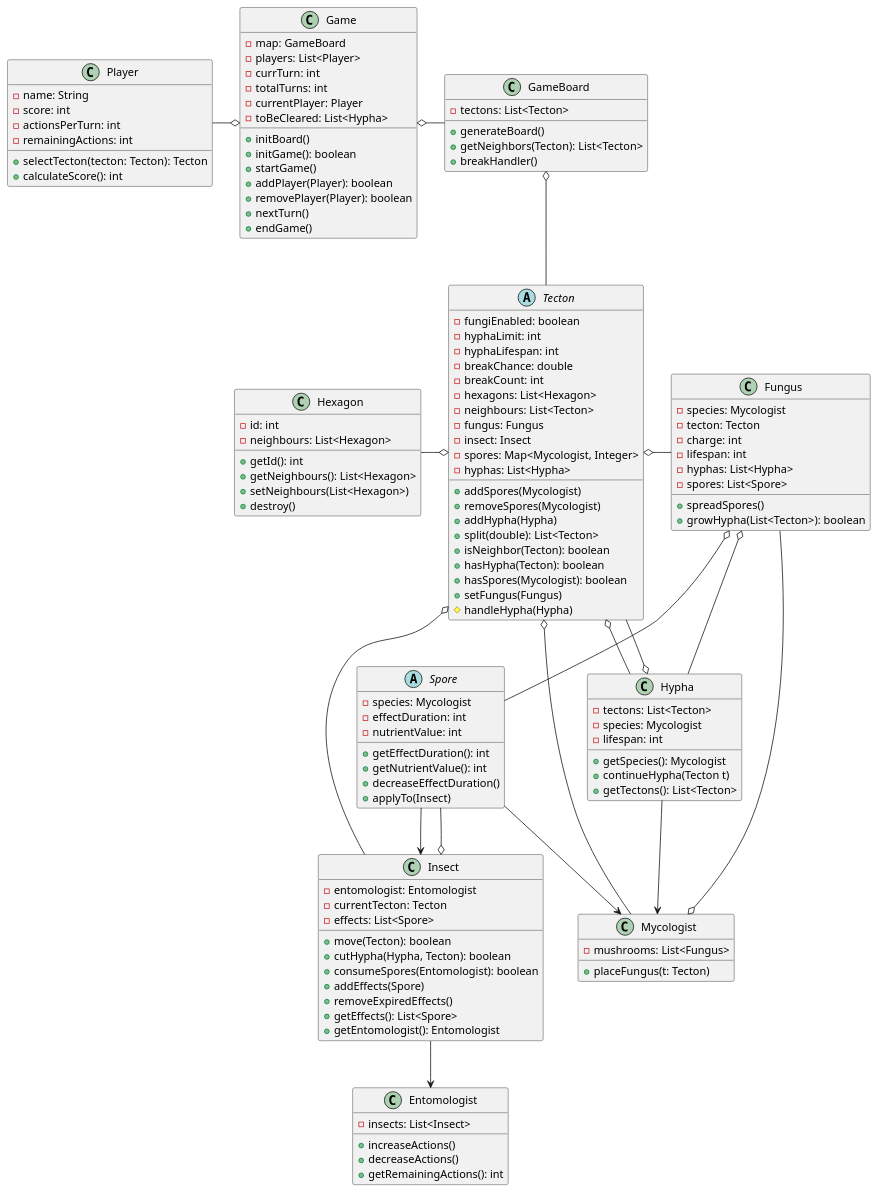
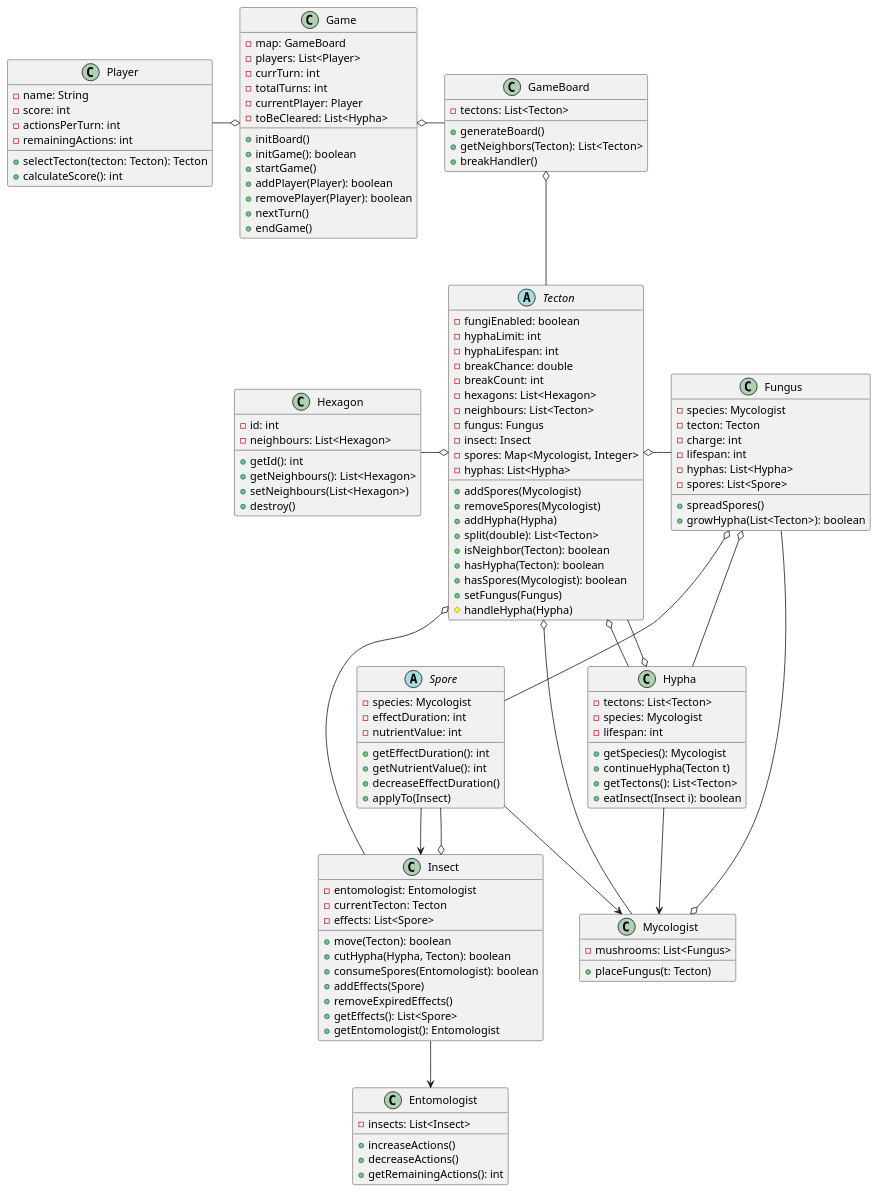
Before and after one commit to hujberhunor/SzomiSztegoProjlab: the diagram in docs/Class/classDiag.puml, drawn with PlantUML. The commit also changed 1 other file, not shown here.

Commit message:
eatInsect() hypha method implemented

```diff
--- a/docs/Class/classDiag.puml
+++ b/docs/Class/classDiag.puml
@@ -1,149 +1,150 @@
 @startuml
 
 ' NEM SZEREPELNEK BENNE A LESZÁRMAZOTTAK HOGY ÁTLÁTHATÓBB LEGYEN '
 ' --> : használja, de nem tartalmazza '
 ' ===== Alap játékosok és szereplők =====
 class Player {
     - name: String
     - score: int
     - actionsPerTurn: int
     - remainingActions: int
     + selectTecton(tecton: Tecton): Tecton
     + calculateScore(): int
 }
 
 class Entomologist {
     - insects: List<Insect>
     + increaseActions()
     + decreaseActions()
     + getRemainingActions(): int
 }
 
 class Mycologist {
     - mushrooms: List<Fungus>
     + placeFungus(t: Tecton)
 }
 
 ' ===== Térképelemek és logika =====
 abstract class Tecton {
     - fungiEnabled: boolean
     - hyphaLimit: int
     - hyphaLifespan: int
     - breakChance: double
     - breakCount: int
     - hexagons: List<Hexagon>
     - neighbours: List<Tecton>
     - fungus: Fungus
     - insect: Insect
     - spores: Map<Mycologist, Integer>
     - hyphas: List<Hypha>
     + addSpores(Mycologist)
     + removeSpores(Mycologist)
     + addHypha(Hypha)
     + split(double): List<Tecton>
     + isNeighbor(Tecton): boolean
     + hasHypha(Tecton): boolean
     + hasSpores(Mycologist): boolean
     + setFungus(Fungus)
     # handleHypha(Hypha)
 }
 
 class Hexagon {
     - id: int
     - neighbours: List<Hexagon>
     + getId(): int
     + getNeighbours(): List<Hexagon>
     + setNeighbours(List<Hexagon>)
     + destroy()
 }
 
 class Hypha {
     - tectons: List<Tecton>
     - species: Mycologist
     - lifespan: int 
     + getSpecies(): Mycologist
     + continueHypha(Tecton t)
     + getTectons(): List<Tecton>
+    + eatInsect(Insect i): boolean
 }
 
 class Fungus {
     - species: Mycologist
     - tecton: Tecton
     - charge: int
     - lifespan: int
     - hyphas: List<Hypha>
     - spores: List<Spore>
     + spreadSpores()
     + growHypha(List<Tecton>): boolean
 }
 
 ' ===== Spórák és hatásaik =====
 abstract class Spore {
     - species: Mycologist
     - effectDuration: int
     - nutrientValue: int
     + getEffectDuration(): int
     + getNutrientValue(): int
     + decreaseEffectDuration()
     + applyTo(Insect)
 }
 
 ' ===== Insect logika =====
 class Insect {
     - entomologist: Entomologist
     - currentTecton: Tecton
     - effects: List<Spore>
     + move(Tecton): boolean
     + cutHypha(Hypha, Tecton): boolean
     + consumeSpores(Entomologist): boolean
     + addEffects(Spore)
     + removeExpiredEffects()
     + getEffects(): List<Spore>
     + getEntomologist(): Entomologist
 }
 
 ' ===== Game engine =====
 class GameBoard {
     - tectons: List<Tecton>
     + generateBoard()
     + getNeighbors(Tecton): List<Tecton>
     + breakHandler()
 }
 
 class Game {
     - map: GameBoard
     - players: List<Player>
     - currTurn: int
     - totalTurns: int
     - currentPlayer: Player
     - toBeCleared: List<Hypha>
     + initBoard()
     + initGame(): boolean
     + startGame()
     + addPlayer(Player): boolean
     + removePlayer(Player): boolean
     + nextTurn()
     + endGame()
 }
 
 ' ===== Kapcsolatok =====
 Game o-r- GameBoard
 Game o-l- Player
 GameBoard o-- Tecton
 Tecton o-l- Hexagon
 Tecton o-- Hypha
 Tecton o-- Insect
 Tecton o-r- Fungus
 Tecton o-- Mycologist
 Insect o-- Spore
 Insect --> Entomologist
 Mycologist o-- Fungus
 Fungus o-- Hypha
 Fungus o-- Spore
 Spore --> Insect
 Spore --> Mycologist
 Hypha o-- Tecton
 Hypha --> Mycologist
 
 
 @enduml
```
